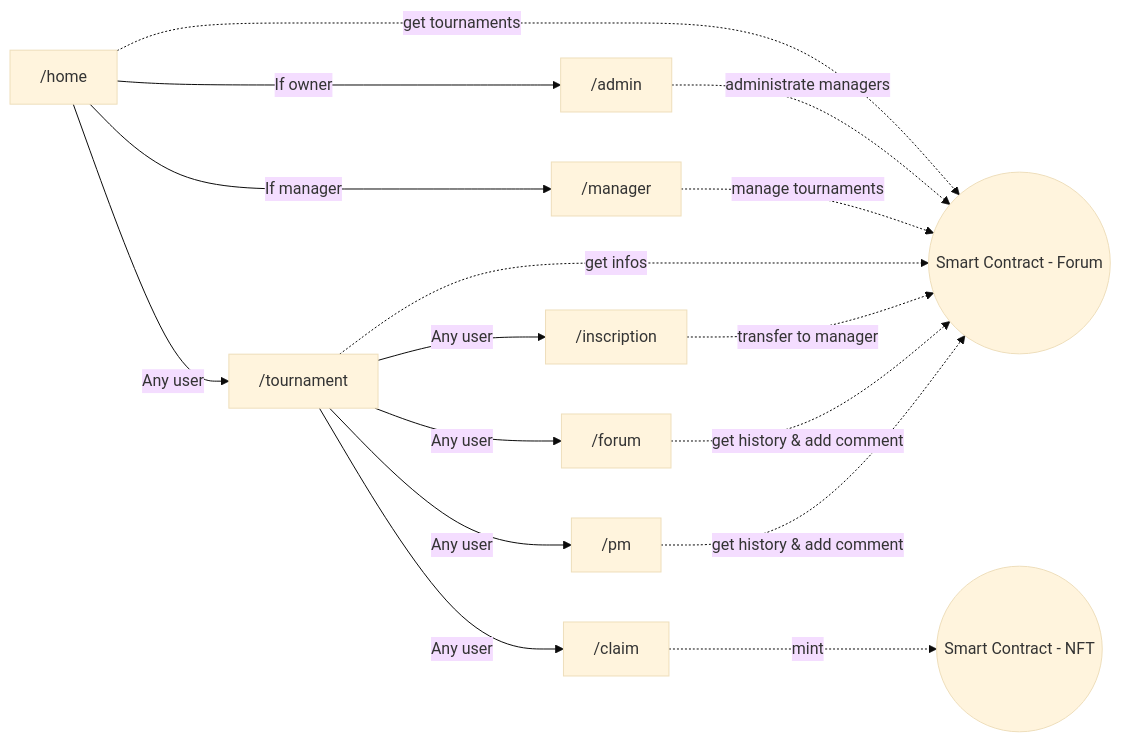
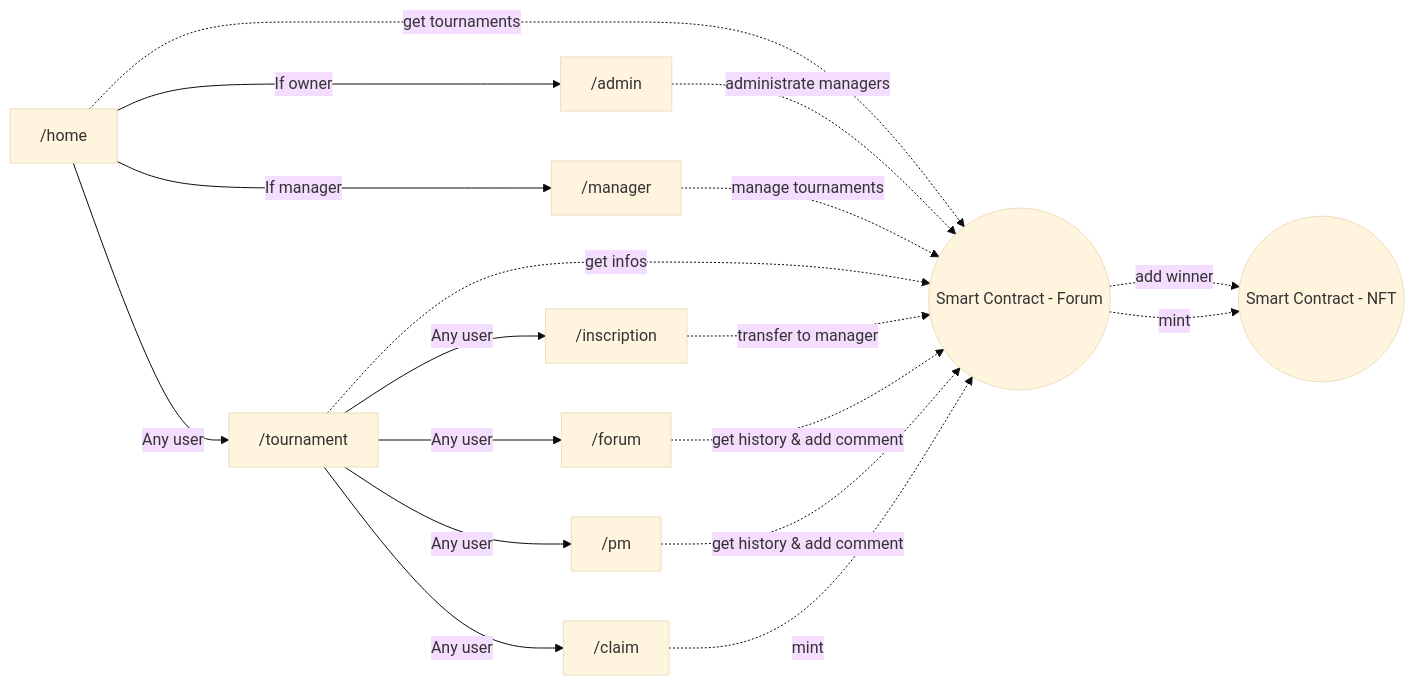
Before and after one commit to mickablondo/PadelConnect: the diagram in README.md, drawn with Mermaid (base theme).

Commit message:
Update scheme

````diff
--- a/README.md
+++ b/README.md
@@ -27,18 +27,20 @@
 ```mermaid
 flowchart >
     A[ /home] -->|If owner| B[ /admin]
     A -->|If manager| C[ /manager]
     A -->|Any user| D[ /tournament] 
     D -->|Any user| E[ /inscription]
     D -->|Any user| F[ /forum]
     D -->|Any user| G[ /pm]
     D -->|Any user| H[ /claim]
     A -.->|get tournaments| I((Smart Contract - Forum))
     B -.->|administrate managers| I
     C -.->|manage tournaments| I
     D -.->|get infos| I
     E -.->|transfer to manager| I
     F -.->|get history & add comment| I
     G -.->|get history & add comment| I
-    H -.->|mint| J((Smart Contract - NFT))
+    H -.->|mint| I
+    I -.->|add winner| J((Smart Contract - NFT))
+    I -.->|mint| J
 ```
````
